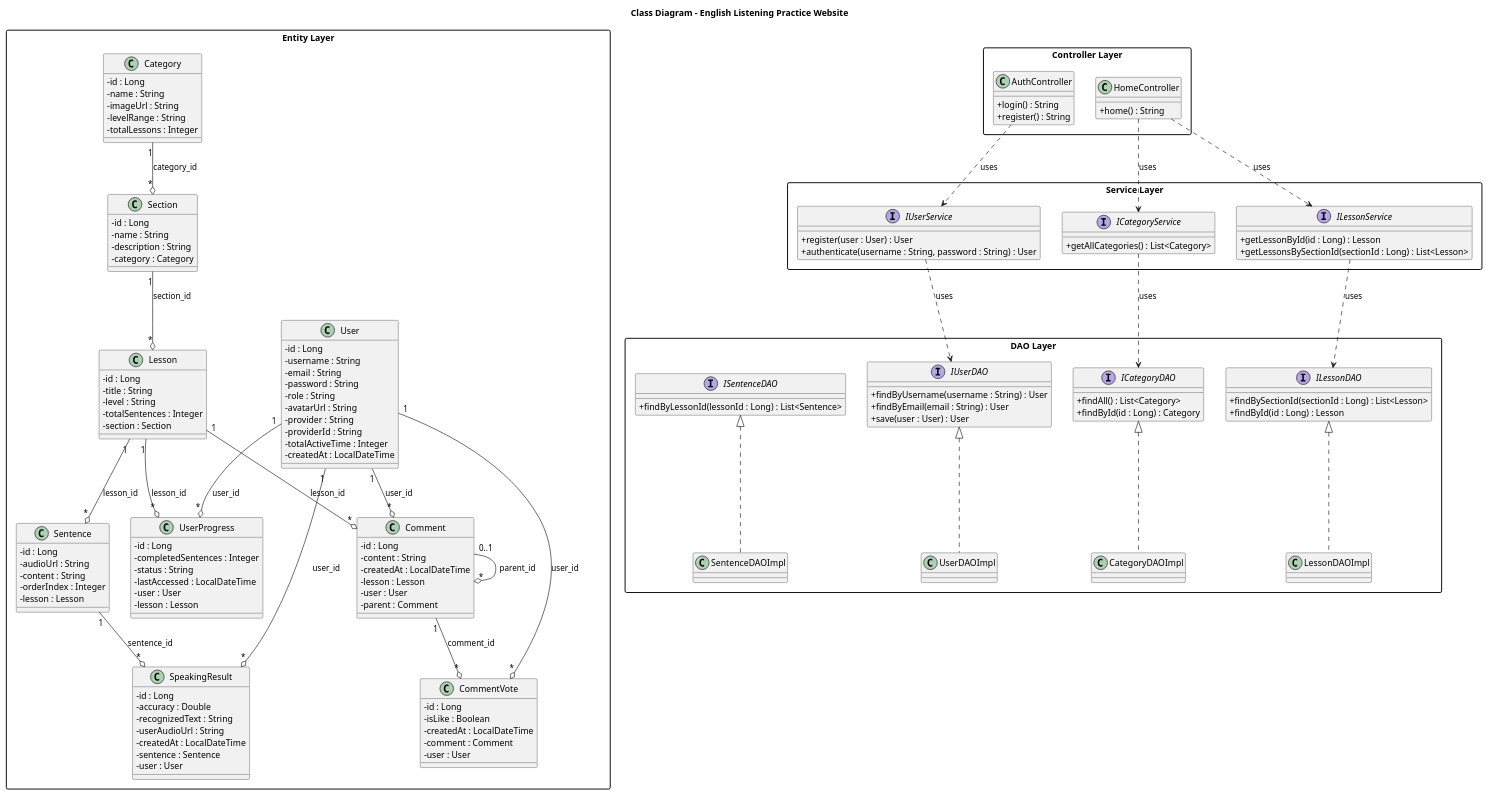
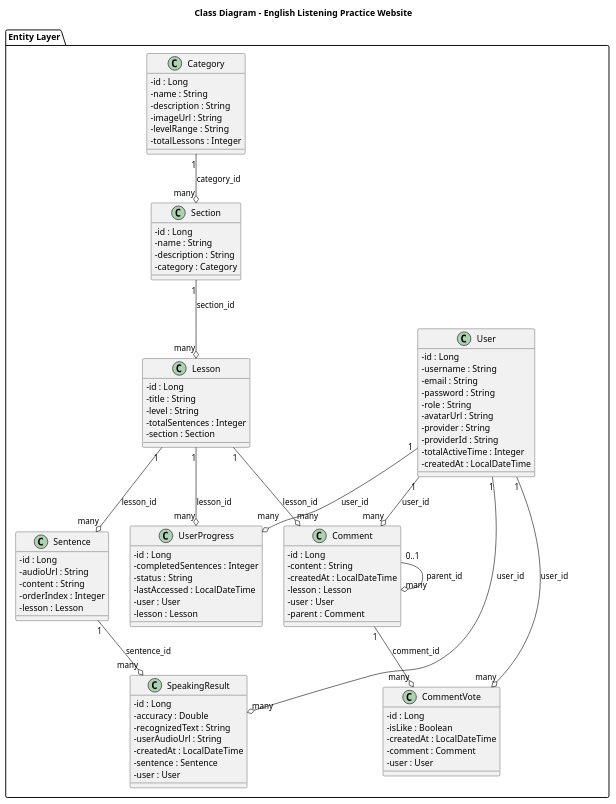
The diagram in src/main/java/com/english/learning/uml/ClassDiagram/class_diagram.puml (nguyenthetan752005-max/EnglishListeningPracticeWebsite), drawn with PlantUML before and after one commit. The commit also changed 52 other files, not shown here.

Commit message:
thêm các class sườn để tiếp tục thực hiện + update class diagram

```diff
--- a/src/main/java/com/english/learning/uml/ClassDiagram/class_diagram.puml
+++ b/src/main/java/com/english/learning/uml/ClassDiagram/class_diagram.puml
@@ -1,174 +1,103 @@
 @startuml Class_Diagram
 title Class Diagram - English Listening Practice Website
 
 skinparam classAttributeIconSize 0
-skinparam packageStyle rectangle
 
-' ===================== ENTITY LAYER =====================
 package "Entity Layer" {
 
     class User {
         - id : Long
         - username : String
         - email : String
         - password : String
         - role : String
         - avatarUrl : String
         - provider : String
         - providerId : String
         - totalActiveTime : Integer
         - createdAt : LocalDateTime
     }
 
     class Category {
         - id : Long
         - name : String
+        - description : String
         - imageUrl : String
         - levelRange : String
         - totalLessons : Integer
     }
 
     class Section {
         - id : Long
         - name : String
         - description : String
         - category : Category
     }
 
     class Lesson {
         - id : Long
         - title : String
         - level : String
         - totalSentences : Integer
         - section : Section
     }
 
     class Sentence {
         - id : Long
         - audioUrl : String
         - content : String
         - orderIndex : Integer
         - lesson : Lesson
     }
 
     class UserProgress {
         - id : Long
         - completedSentences : Integer
         - status : String
         - lastAccessed : LocalDateTime
         - user : User
         - lesson : Lesson
     }
 
     class Comment {
         - id : Long
         - content : String
         - createdAt : LocalDateTime
         - lesson : Lesson
         - user : User
         - parent : Comment
     }
 
     class CommentVote {
         - id : Long
         - isLike : Boolean
         - createdAt : LocalDateTime
         - comment : Comment
         - user : User
     }
 
     class SpeakingResult {
         - id : Long
         - accuracy : Double
         - recognizedText : String
         - userAudioUrl : String
         - createdAt : LocalDateTime
         - sentence : Sentence
         - user : User
     }
 }
 
-' ===================== DAO LAYER =====================
-package "DAO Layer" {
-
-    interface IUserDAO {
-        + findByUsername(username : String) : User
-        + findByEmail(email : String) : User
-        + save(user : User) : User
-    }
-
-    interface ICategoryDAO {
-        + findAll() : List<Category>
-        + findById(id : Long) : Category
-    }
-
-    interface ILessonDAO {
-        + findBySectionId(sectionId : Long) : List<Lesson>
-        + findById(id : Long) : Lesson
-    }
-
-    interface ISentenceDAO {
-        + findByLessonId(lessonId : Long) : List<Sentence>
-    }
-
-    class UserDAOImpl implements IUserDAO
-    class CategoryDAOImpl implements ICategoryDAO
-    class LessonDAOImpl implements ILessonDAO
-    class SentenceDAOImpl implements ISentenceDAO
-}
-
-' ===================== SERVICE LAYER =====================
-package "Service Layer" {
-
-    interface IUserService {
-        + register(user : User) : User
-        + authenticate(username : String, password : String) : User
-    }
-
-    interface ICategoryService {
-        + getAllCategories() : List<Category>
-    }
-
-    interface ILessonService {
-        + getLessonById(id : Long) : Lesson
-        + getLessonsBySectionId(sectionId : Long) : List<Lesson>
-    }
-}
-
-' ===================== CONTROLLER LAYER =====================
-package "Controller Layer" {
-
-    class AuthController {
-        + login() : String
-        + register() : String
-    }
-
-    class HomeController {
-        + home() : String
-    }
-}
-
-' ===================== ENTITY RELATIONSHIPS =====================
-Category "1" --o "*" Section : category_id
-Section "1" --o "*" Lesson : section_id
-Lesson "1" --o "*" Sentence : lesson_id
-User "1" --o "*" UserProgress : user_id
-Lesson "1" --o "*" UserProgress : lesson_id
-Lesson "1" --o "*" Comment : lesson_id
-User "1" --o "*" Comment : user_id
-Comment "0..1" --o "*" Comment : parent_id
-Comment "1" --o "*" CommentVote : comment_id
-User "1" --o "*" CommentVote : user_id
-Sentence "1" --o "*" SpeakingResult : sentence_id
-User "1" --o "*" SpeakingResult : user_id
-
-' ===================== LAYER DEPENDENCIES =====================
-IUserService ..> IUserDAO : uses
-ICategoryService ..> ICategoryDAO : uses
-ILessonService ..> ILessonDAO : uses
-
-AuthController ..> IUserService : uses
-HomeController ..> ICategoryService : uses
-HomeController ..> ILessonService : uses
+Category "1" --o "many" Section : category_id
+Section "1" --o "many" Lesson : section_id
+Lesson "1" --o "many" Sentence : lesson_id
+User "1" --o "many" UserProgress : user_id
+Lesson "1" --o "many" UserProgress : lesson_id
+Lesson "1" --o "many" Comment : lesson_id
+User "1" --o "many" Comment : user_id
+Comment "0..1" --o "many" Comment : parent_id
+Comment "1" --o "many" CommentVote : comment_id
+User "1" --o "many" CommentVote : user_id
+Sentence "1" --o "many" SpeakingResult : sentence_id
+User "1" --o "many" SpeakingResult : user_id
 
 @enduml
```
